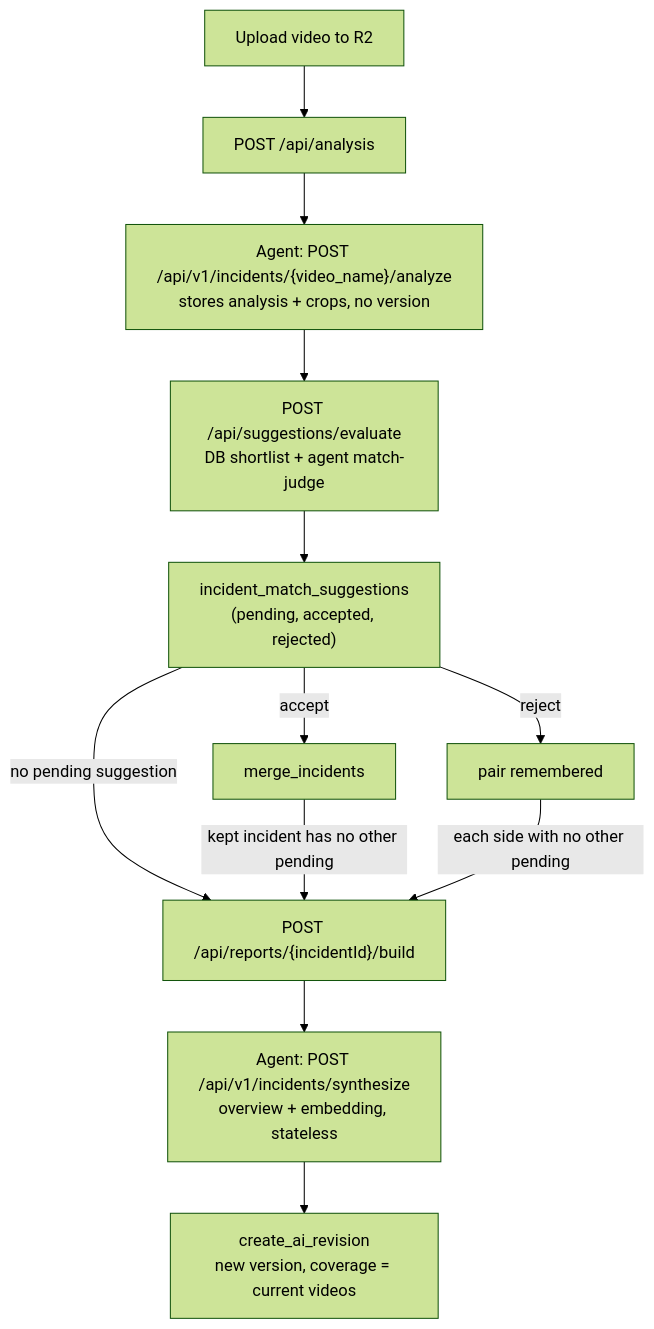
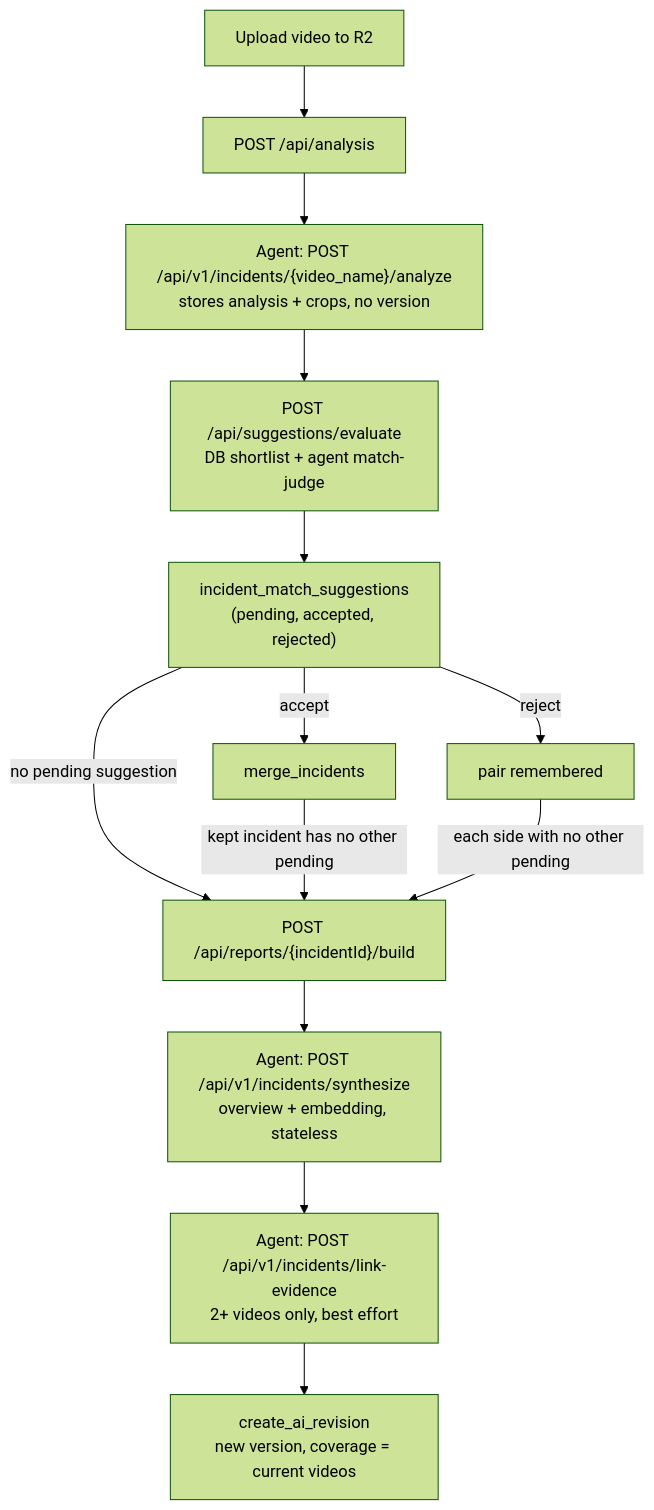
Before and after one commit to Danwidj/video-search-and-summarization: the sixth of 6 diagrams in deploy/docker/developer-profiles/dev-profile-incident/.docs/architecture.md, drawn with Mermaid (forest theme). The commit also changed other lines of this file and 17 other files, not shown here.

First line of the commit message:
feat(agent,console): link the same entity, instrument or asset across the videos of a version

````diff
--- a/deploy/docker/developer-profiles/dev-profile-incident/.docs/architecture.md
+++ b/deploy/docker/developer-profiles/dev-profile-incident/.docs/architecture.md
@@ -436,14 +436,15 @@
 ```mermaid
 flowchart TD
     Upload["Upload video to R2"] --> Analyse["POST /api/analysis"]
     Analyse --> Agent1["Agent: POST /api/v1/incidents/{video_name}/analyze<br/>stores analysis + crops, no version"]
     Agent1 --> Match["POST /api/suggestions/evaluate<br/>DB shortlist + agent match-judge"]
     Match --> Sugg["incident_match_suggestions<br/>(pending, accepted, rejected)"]
     Sugg -->|accept| Merge["merge_incidents"]
     Sugg -->|reject| Remember["pair remembered"]
     Sugg -->|"no pending suggestion"| Build["POST /api/reports/{incidentId}/build"]
     Merge -->|"kept incident has no other pending"| Build
     Remember -->|"each side with no other pending"| Build
     Build --> Synth["Agent: POST /api/v1/incidents/synthesize<br/>overview + embedding, stateless"]
-    Synth --> Ver["create_ai_revision<br/>new version, coverage = current videos"]
+    Synth --> Link["Agent: POST /api/v1/incidents/link-evidence<br/>2+ videos only, best effort"]
+    Link --> Ver["create_ai_revision<br/>new version, coverage = current videos"]
 ```
````
